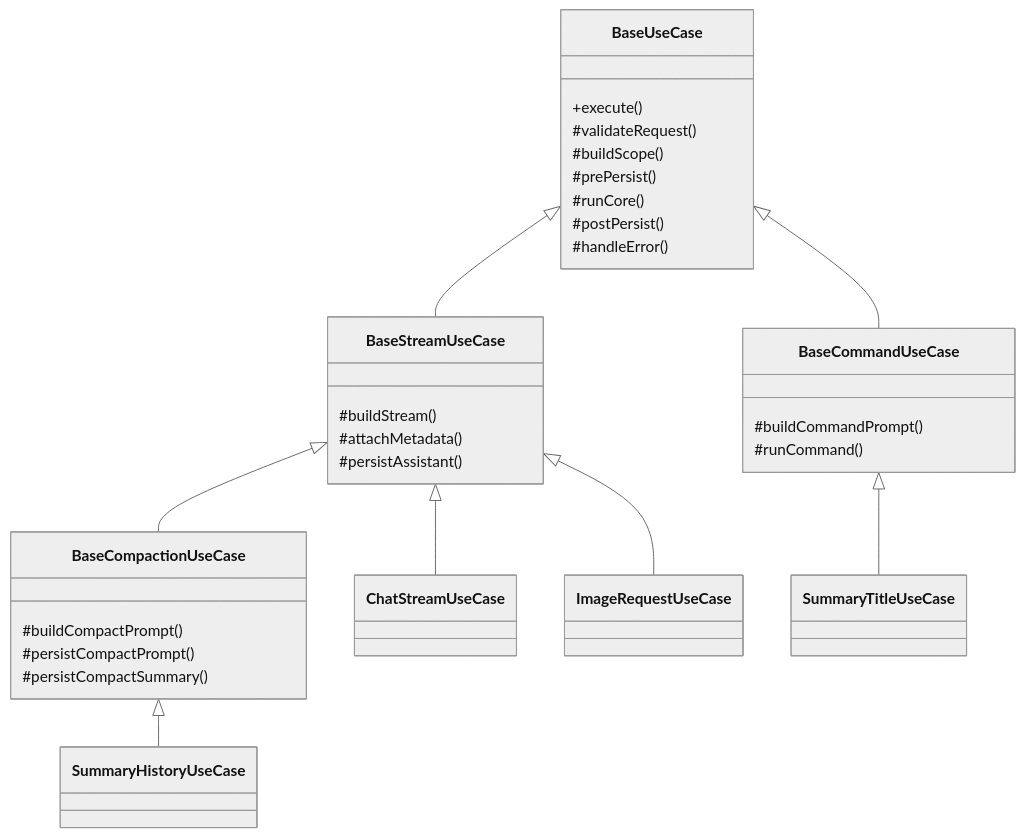
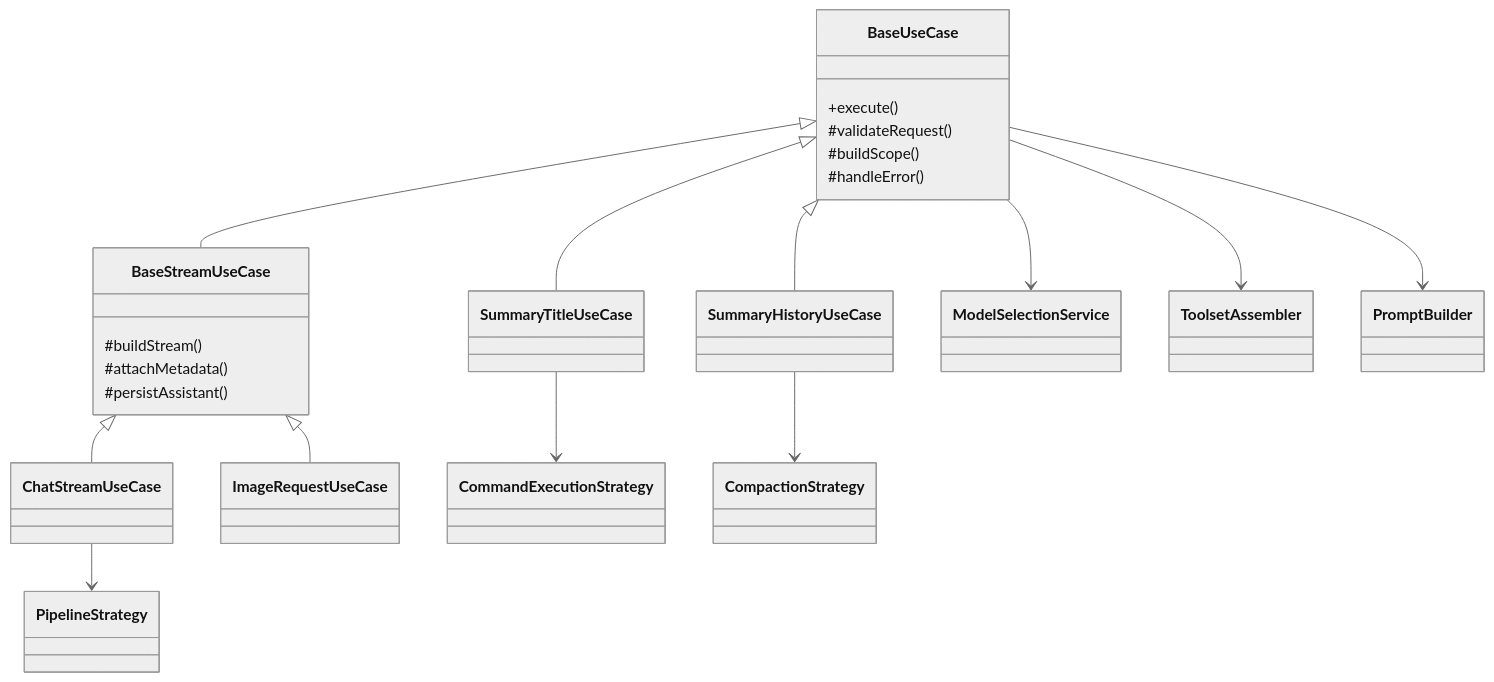
Before and after one commit to OpenLoaf/OpenLoaf: the fourth of 10 diagrams in docs/plans/2026-01-19-ai-oop-refactor-design.md, drawn with Mermaid (neutral theme). The commit also changed other lines of this file, not shown here.

Commit message:
docs: simplify inheritance and model selection

````diff
--- a/docs/plans/2026-01-19-ai-oop-refactor-design.md
+++ b/docs/plans/2026-01-19-ai-oop-refactor-design.md
@@ -178,38 +175,36 @@
 ```mermaid
 classDiagram
   class BaseUseCase {
     +execute()
     #validateRequest()
     #buildScope()
-    #prePersist()
-    #runCore()
-    #postPersist()
     #handleError()
   }
   class BaseStreamUseCase {
     #buildStream()
     #attachMetadata()
     #persistAssistant()
   }
-  class BaseCommandUseCase {
-    #buildCommandPrompt()
-    #runCommand()
-  }
-  class BaseCompactionUseCase {
-    #buildCompactPrompt()
-    #persistCompactPrompt()
-    #persistCompactSummary()
-  }
   class ChatStreamUseCase
   class ImageRequestUseCase
+  class SummaryHistoryUseCase
   class SummaryTitleUseCase
-  class SummaryHistoryUseCase
+  class CommandExecutionStrategy
+  class CompactionStrategy
+  class ModelSelectionService
+  class ToolsetAssembler
+  class PromptBuilder
+  class PipelineStrategy
 
   BaseUseCase <|-- BaseStreamUseCase
-  BaseUseCase <|-- BaseCommandUseCase
-  BaseStreamUseCase <|-- BaseCompactionUseCase
   BaseStreamUseCase <|-- ChatStreamUseCase
   BaseStreamUseCase <|-- ImageRequestUseCase
-  BaseCommandUseCase <|-- SummaryTitleUseCase
-  BaseCompactionUseCase <|-- SummaryHistoryUseCase
+  BaseUseCase <|-- SummaryHistoryUseCase
+  BaseUseCase <|-- SummaryTitleUseCase
+  ChatStreamUseCase --> PipelineStrategy
+  SummaryHistoryUseCase --> CompactionStrategy
+  SummaryTitleUseCase --> CommandExecutionStrategy
+  BaseUseCase --> ModelSelectionService
+  BaseUseCase --> ToolsetAssembler
+  BaseUseCase --> PromptBuilder
 ```
````
